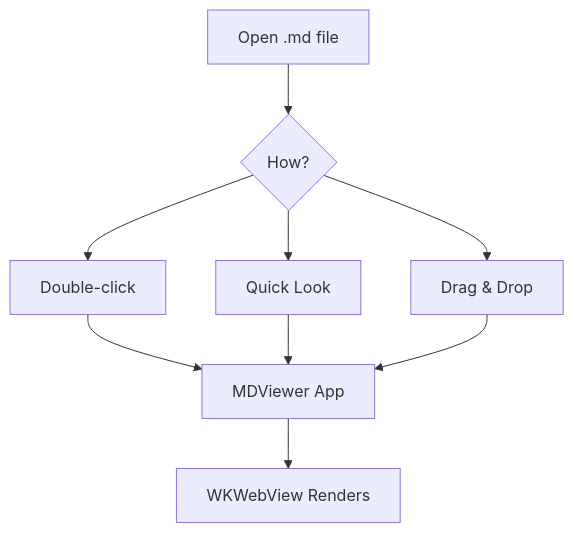
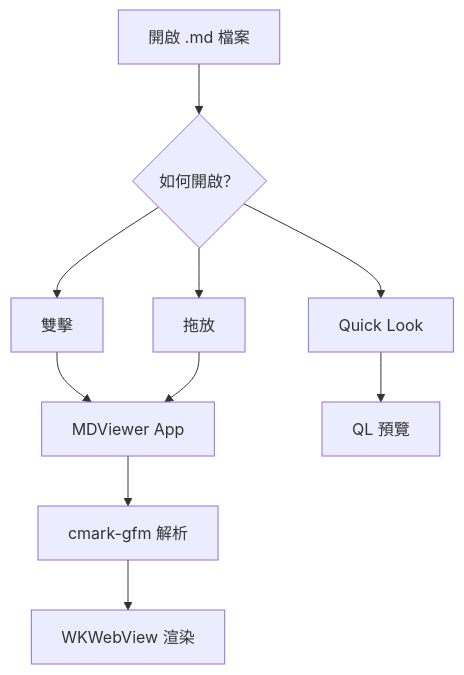
The first of 2 diagrams in TestFiles/test-full.md (ff2248/md-viewer), drawn with Mermaid before and after one commit. The commit also changed other lines of this file and 24 other files, not shown here.

First line of the commit message:
feat: replace markdown-it with cmark-gfm for native Markdown parsing

````diff
--- a/TestFiles/test-full.md
+++ b/TestFiles/test-full.md
@@ -113,11 +195,12 @@
 ```mermaid
 graph TD
-    A[Open .md file] --> B{How?}
-    B --> C[Double-click]
+    A[開啟 .md 檔案] --> B{如何開啟？}
+    B --> C[雙擊]
     B --> D[Quick Look]
-    B --> E[Drag & Drop]
+    B --> E[拖放]
     C --> F[MDViewer App]
-    D --> F
+    D --> G[QL 預覽]
     E --> F
-    F --> G[WKWebView Renders]
+    F --> H[cmark-gfm 解析]
+    H --> I[WKWebView 渲染]
 ```
````
